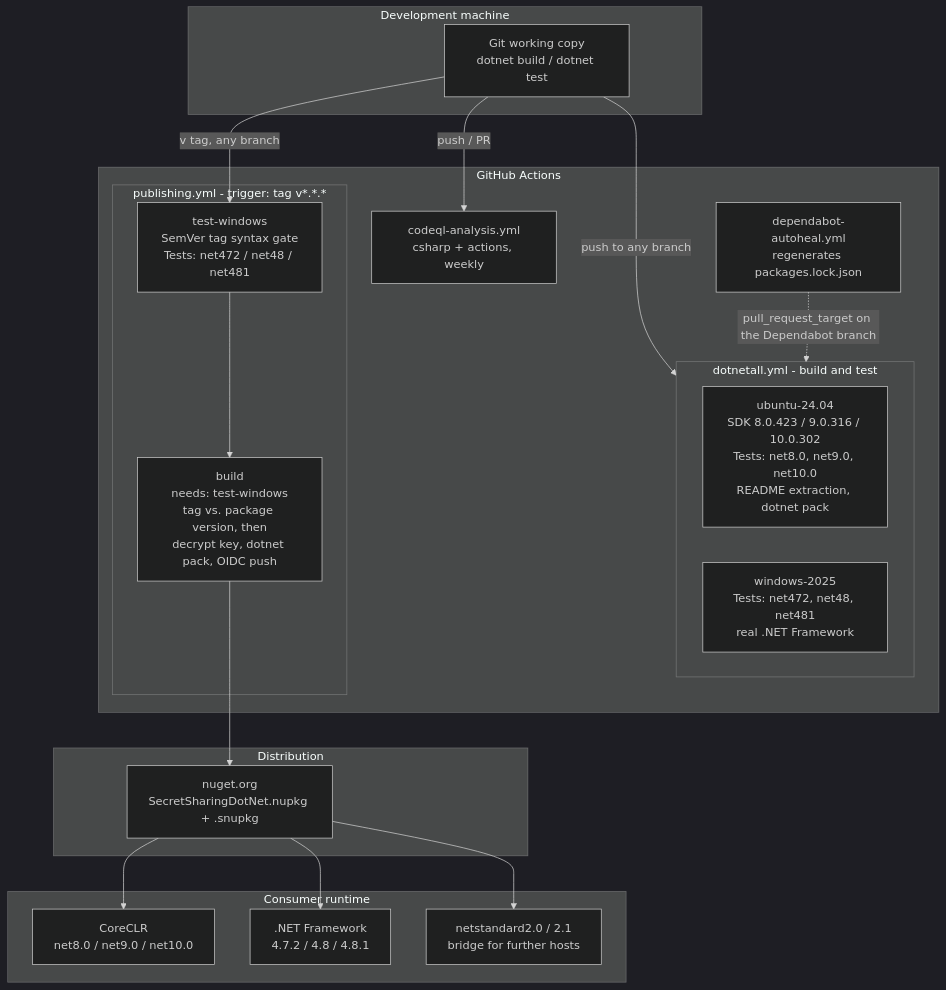
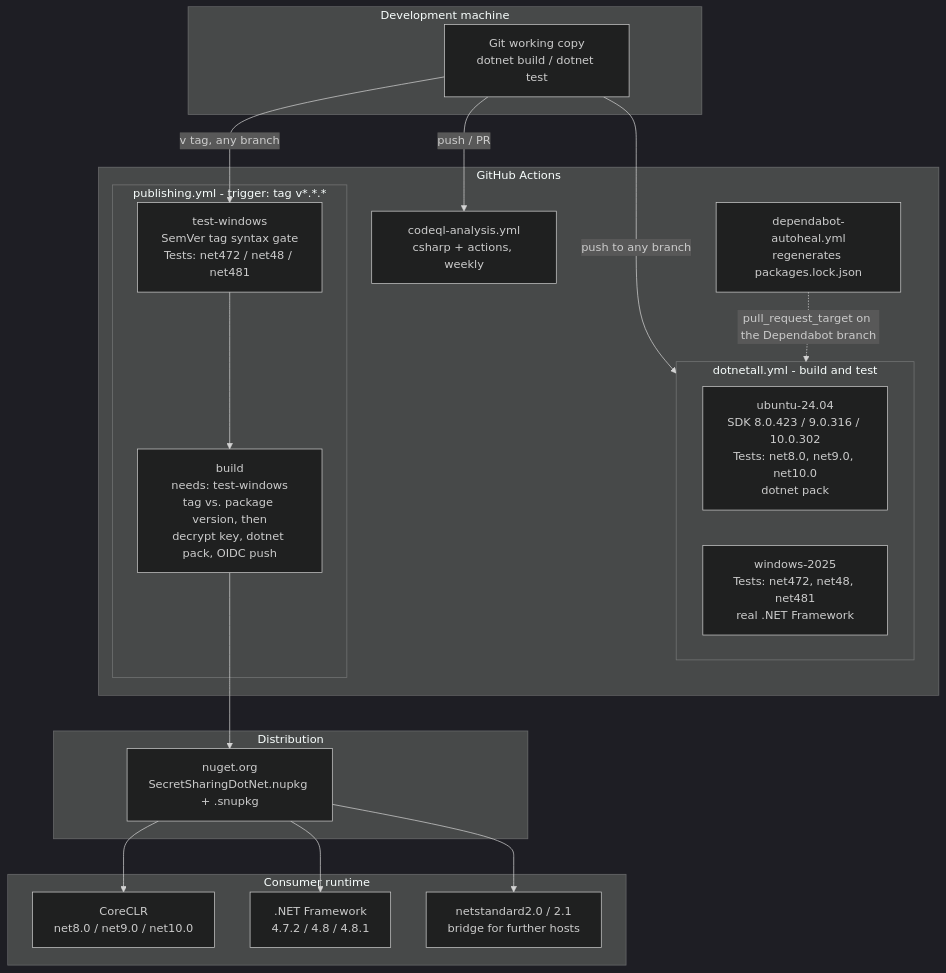
One commit to shinji-san/SecretSharingDotNet changed the tenth of 10 diagrams in docs/architecture/arc42.en.md. Above: the diagram before and after it, drawn with Mermaid (dark theme). The commit also changed other lines of this file and 6 other files, not shown here.

````diff
--- a/docs/architecture/arc42.en.md
+++ b/docs/architecture/arc42.en.md
@@ -878,39 +883,39 @@
 ```mermaid
 flowchart TD
     subgraph dev["Development machine"]
         repo["Git working copy<br/>dotnet build / dotnet test"]
     end
 
     subgraph gh["GitHub Actions"]
         subgraph ci["dotnetall.yml - build and test"]
-            ubuntu["ubuntu-24.04<br/>SDK 8.0.423 / 9.0.316 / 10.0.302<br/>Tests: net8.0, net9.0, net10.0<br/>README extraction, dotnet pack"]
+            ubuntu["ubuntu-24.04<br/>SDK 8.0.423 / 9.0.316 / 10.0.302<br/>Tests: net8.0, net9.0, net10.0<br/>dotnet pack"]
             windows["windows-2025<br/>Tests: net472, net48, net481<br/>real .NET Framework"]
         end
         codeql["codeql-analysis.yml<br/>csharp + actions, weekly"]
         autoheal["dependabot-autoheal.yml<br/>regenerates packages.lock.json"]
         subgraph publish["publishing.yml - trigger: tag v*.*.*"]
             pubTest["test-windows<br/>SemVer tag syntax gate<br/>Tests: net472 / net48 / net481"]
             pubBuild["build<br/>needs: test-windows<br/>tag vs. package version, then<br/>decrypt key, dotnet pack, OIDC push"]
         end
     end
 
     subgraph dist["Distribution"]
         nuget["nuget.org<br/>SecretSharingDotNet.nupkg + .snupkg"]
     end
 
     subgraph runtime["Consumer runtime"]
         netcore["CoreCLR<br/>net8.0 / net9.0 / net10.0"]
         netfx[".NET Framework<br/>4.7.2 / 4.8 / 4.8.1"]
         netstd["netstandard2.0 / 2.1<br/>bridge for further hosts"]
     end
 
     repo -->|push to any branch| ci
     repo -->|push / PR| codeql
     repo -->|v tag, any branch| pubTest
     pubTest --> pubBuild
     pubBuild --> nuget
     autoheal -.->|pull_request_target on the Dependabot branch| ci
     nuget --> netcore
     nuget --> netfx
     nuget --> netstd
 ```
````
